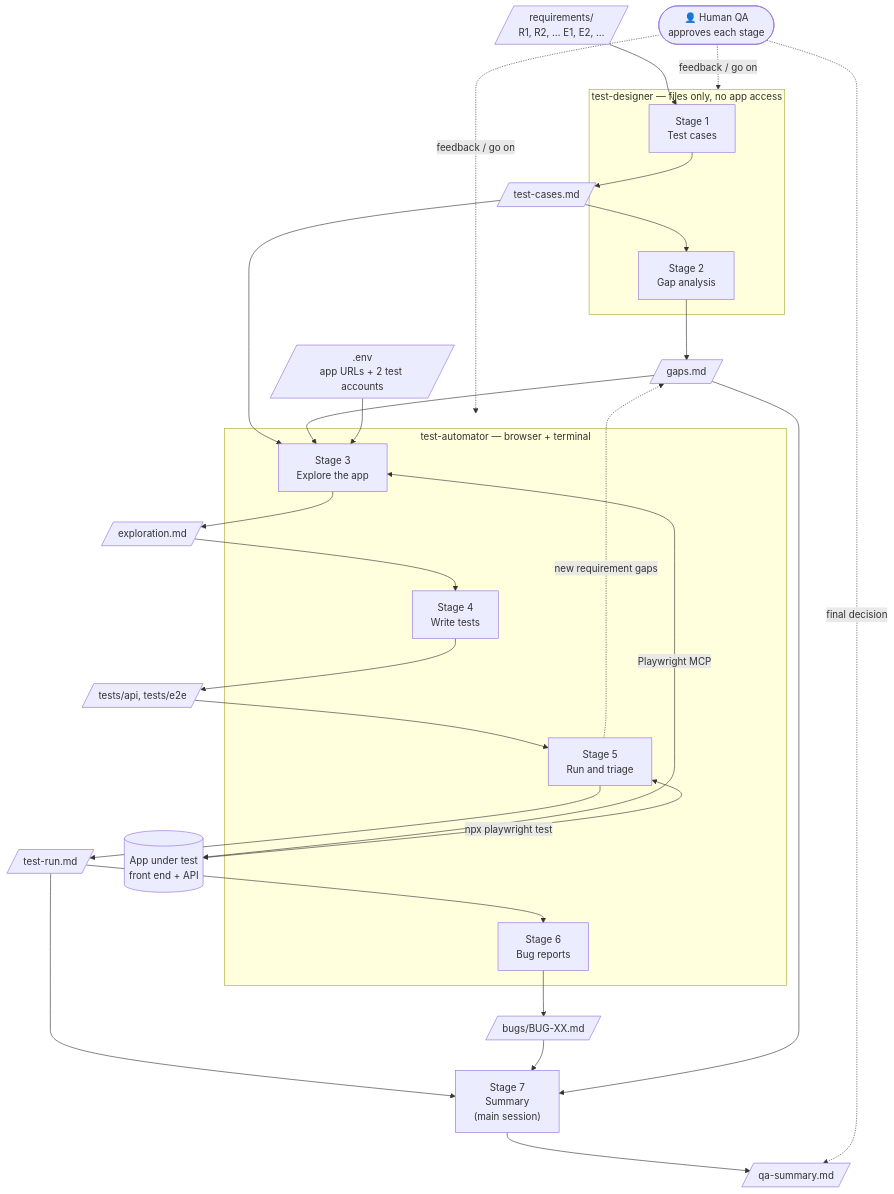
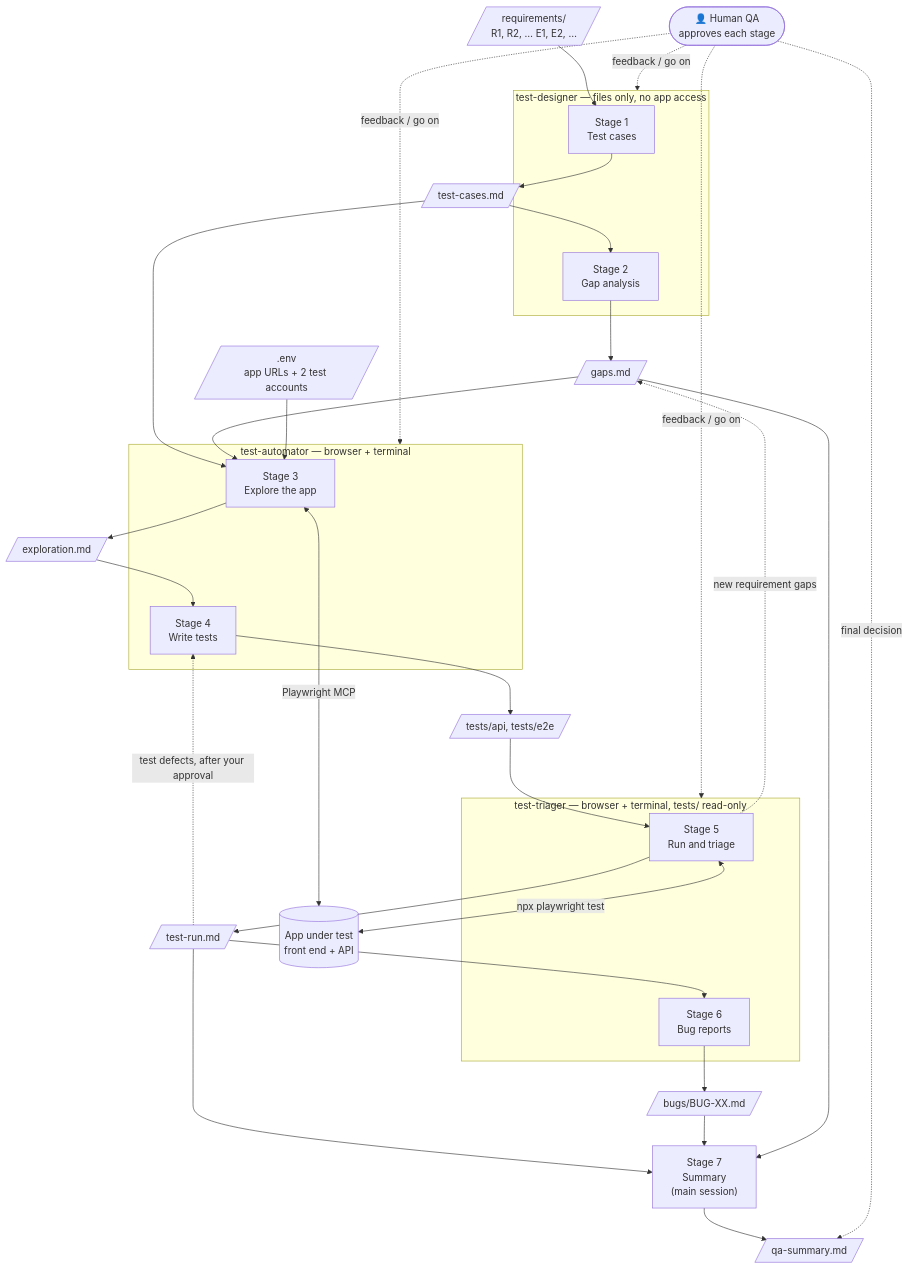
One commit to billusions/qa-agent changed the first of 2 diagrams in README.md. Above: the diagram before and after it, drawn with Mermaid. The commit also changed other lines of this file and 5 other files, not shown here.

First line of the commit message:
Split triage into a test-triager agent with a write-blocking hook

````diff
--- a/README.md
+++ b/README.md
@@ -16,42 +17,47 @@
 ```mermaid
 flowchart TD
     REQ[/"requirements/<br/>R1, R2, … E1, E2, …"/]
     ENV[/".env<br/>app URLs + 2 test accounts"/]
     QA(["👤 Human QA<br/>approves each stage"])
 
     subgraph D["test-designer — files only, no app access"]
         S1["Stage 1<br/>Test cases"]
         S2["Stage 2<br/>Gap analysis"]
     end
 
     subgraph A["test-automator — browser + terminal"]
         S3["Stage 3<br/>Explore the app"]
         S4["Stage 4<br/>Write tests"]
+    end
+
+    subgraph T["test-triager — browser + terminal, tests/ read-only"]
         S5["Stage 5<br/>Run and triage"]
         S6["Stage 6<br/>Bug reports"]
     end
 
     S7["Stage 7<br/>Summary<br/>(main session)"]
     APP[("App under test<br/>front end + API")]
 
     REQ --> S1 --> TC[/"test-cases.md"/]
     TC --> S2 --> GAPS[/"gaps.md"/]
     TC --> S3
     GAPS --> S3
     ENV --> S3
     S3 <-->|Playwright MCP| APP
     S3 --> EXP[/"exploration.md"/] --> S4
     S4 --> TESTS[/"tests/api, tests/e2e"/] --> S5
     S5 <-->|npx playwright test| APP
     S5 --> RUN[/"test-run.md"/] --> S6
     S5 -.->|new requirement gaps| GAPS
+    RUN -.->|test defects, after your approval| S4
     S6 --> BUGS[/"bugs/BUG-XX.md"/]
     RUN --> S7
     BUGS --> S7
     GAPS --> S7
     S7 --> SUM[/"qa-summary.md"/]
 
     QA -.->|feedback / go on| D
     QA -.->|feedback / go on| A
+    QA -.->|feedback / go on| T
     QA -.->|final decision| SUM
 ```
````
